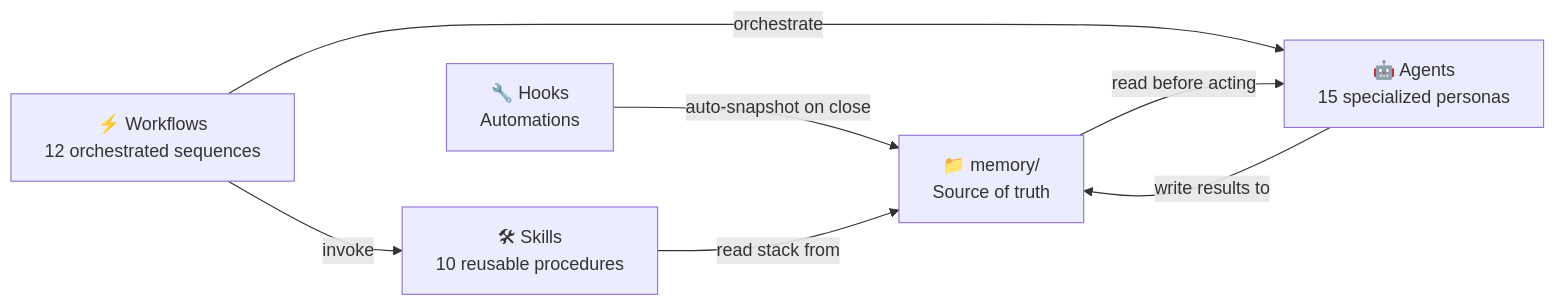
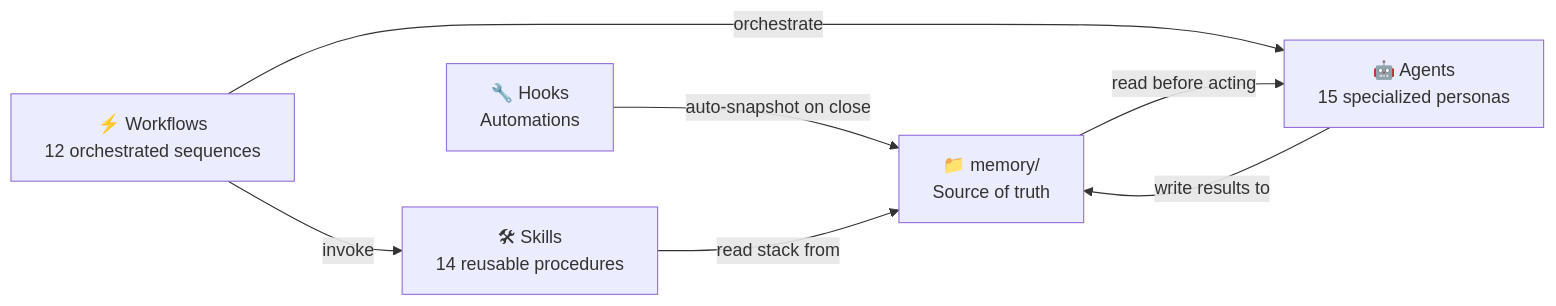
The diagram in README.md (KillianPiccerelle/ai-dev-framework), drawn with Mermaid before and after one commit. The commit also changed other lines of this file and 6 other files, not shown here.

````diff
--- a/README.md
+++ b/README.md
@@ -112,15 +112,15 @@
 ```mermaid
 graph LR
     MEM["📁 memory/\nSource of truth"]
     AGT["🤖 Agents\n15 specialized personas"]
     WFL["⚡ Workflows\n12 orchestrated sequences"]
-    SKL["🛠 Skills\n10 reusable procedures"]
+    SKL["🛠 Skills\n14 reusable procedures"]
     HKS["🔧 Hooks\nAutomations"]
 
     MEM -->|read before acting| AGT
     AGT -->|write results to| MEM
     WFL -->|orchestrate| AGT
     WFL -->|invoke| SKL
     SKL -->|read stack from| MEM
     HKS -->|auto-snapshot on close| MEM
 ```
````
